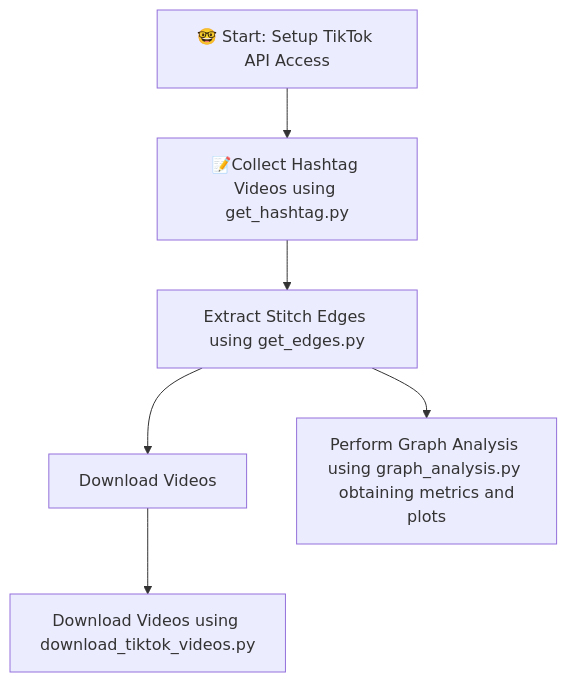
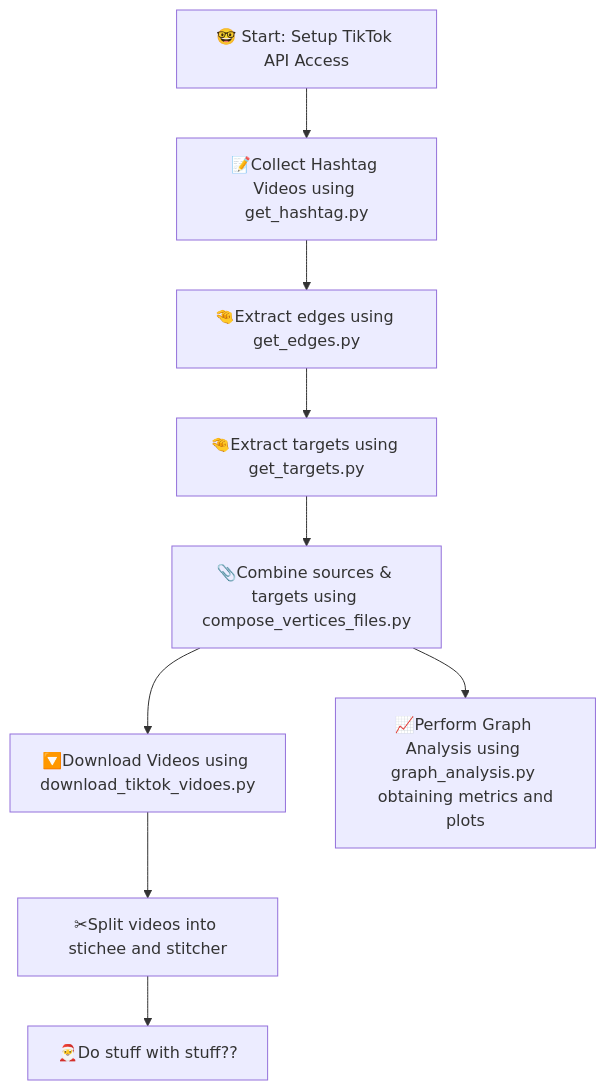
One commit to Marcus-Friis/thesis changed the diagram in README.md. Above: the diagram before and after it, drawn with Mermaid. The commit also changed other lines of this file, not shown here.

````diff
--- a/README.md
+++ b/README.md
@@ -109,9 +9,12 @@
 ```mermaid
 graph TD
     A[🤓 Start: Setup TikTok API Access ] --> B[📝Collect Hashtag Videos using get_hashtag.py]
     click B "/src/get_hashtag.py" "Go to get_hashtag.py"
-    B --> C[Extract Stitch Edges using get_edges.py]
-    C --> D[Download Videos]
-    D --> E[Download Videos using download_tiktok_videos.py]
-    C --> G[Perform Graph Analysis using graph_analysis.py <br> obtaining metrics and plots]
+    B --> C[🤏Extract edges using get_edges.py]
+    C --> D[🤏Extract targets using get_targets.py]
+    D --> G[📎Combine sources & targets using compose_vertices_files.py]
+    G -->  E[🔽Download Videos using download_tiktok_vidoes.py]
+    G -->  H[📈Perform Graph Analysis using graph_analysis.py <br> obtaining metrics and plots]
+    E --> J[✂Split videos into stichee and stitcher]
+    J --> I[🎅Do stuff with stuff??]
 ```
````
